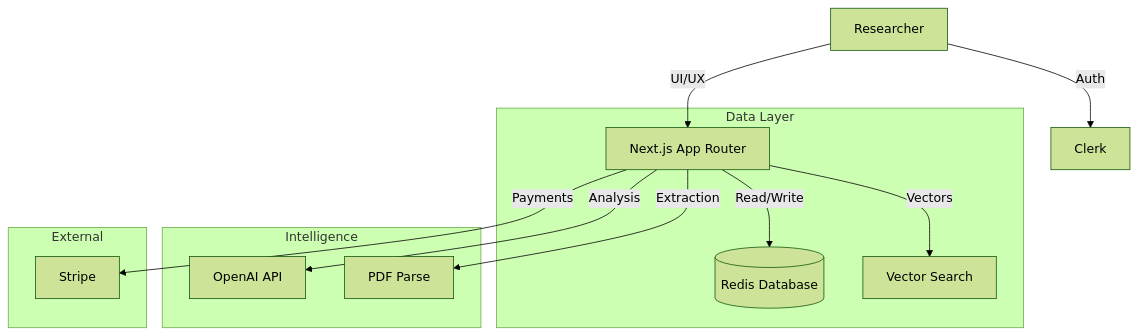
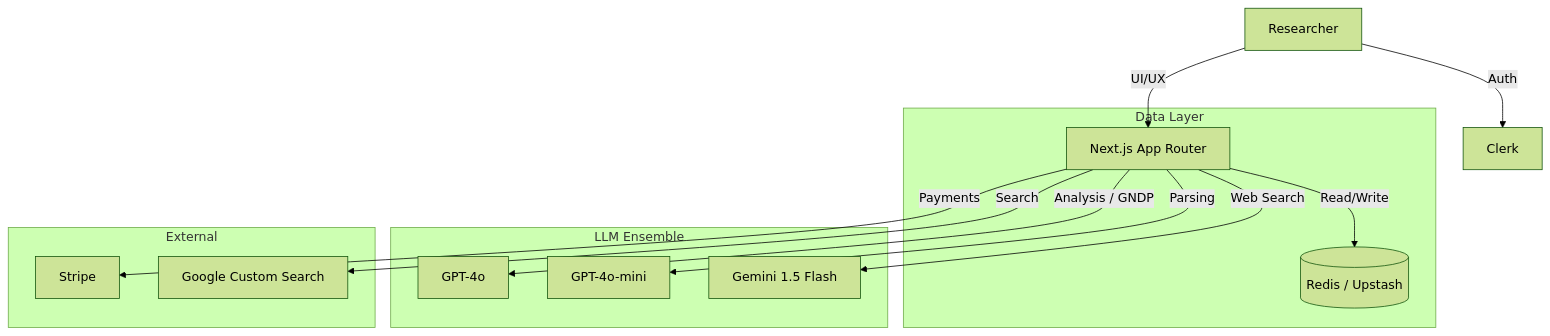
The diagram in supplements/documentation/SYSTEM_DOCUMENTATION.md (tsedbrpp/scratch), drawn with Mermaid (forest theme) before and after one commit. The commit also changed other lines of this file and 6 other files, not shown here.

Commit message:
Update all system documentation to reflect current architecture and capabilities

````diff
--- a/supplements/documentation/SYSTEM_DOCUMENTATION.md
+++ b/supplements/documentation/SYSTEM_DOCUMENTATION.md
@@ -29,19 +30,20 @@
 ```mermaid
 graph TD
     User[Researcher] -->|Auth| Clerk
     User -->|UI/UX| NextJS[Next.js App Router]
     
     subgraph Data Layer
-        NextJS -->|Read/Write| Redis[(Redis Database)]
-        NextJS -->|Vectors| VectorStore[Vector Search]
+        NextJS -->|Read/Write| Redis[(Redis / Upstash)]
     end
     
-    subgraph Intelligence
-        NextJS -->|Analysis| OpenAI[OpenAI API]
-        NextJS -->|Extraction| PDFParser[PDF Parse]
+    subgraph LLM Ensemble
+        NextJS -->|Analysis / GNDP| GPT4o[GPT-4o]
+        NextJS -->|Parsing| GPT4oMini[GPT-4o-mini]
+        NextJS -->|Web Search| Gemini[Gemini 1.5 Flash]
     end
     
     subgraph External
         NextJS -->|Payments| Stripe
+        NextJS -->|Search| Google[Google Custom Search]
     end
 ```
````
